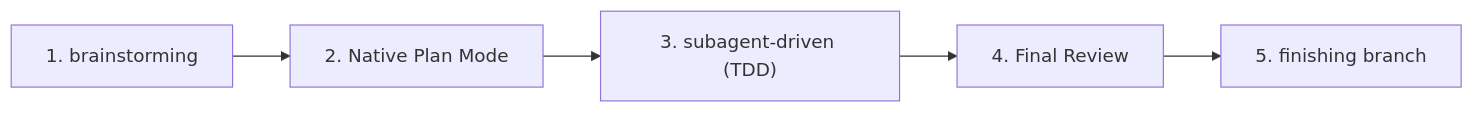
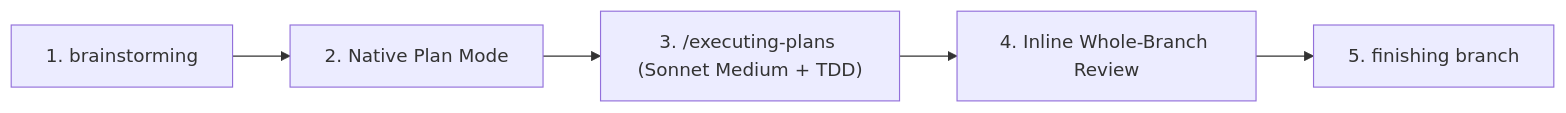
The diagram in CLAUDE_INSTALL.md (duwscan/superpowers), drawn with Mermaid before and after one commit. The commit also changed other lines of this file and 23 other files, not shown here.

Commit message:
feat: eliminate subagents, enforce single-session workflow, and add executing-plans command with auto sonnet medium

````diff
--- a/CLAUDE_INSTALL.md
+++ b/CLAUDE_INSTALL.md
@@ -85,7 +85,7 @@
 ```mermaid
 flowchart LR
     A["1. brainstorming"] --> B["2. Native Plan Mode"]
-    B --> C["3. subagent-driven (TDD)"]
-    C --> D["4. Final Review"]
+    B --> C["3. /executing-plans (Sonnet Medium + TDD)"]
+    C --> D["4. Inline Whole-Branch Review"]
     D --> E["5. finishing branch"]
 ```
````
